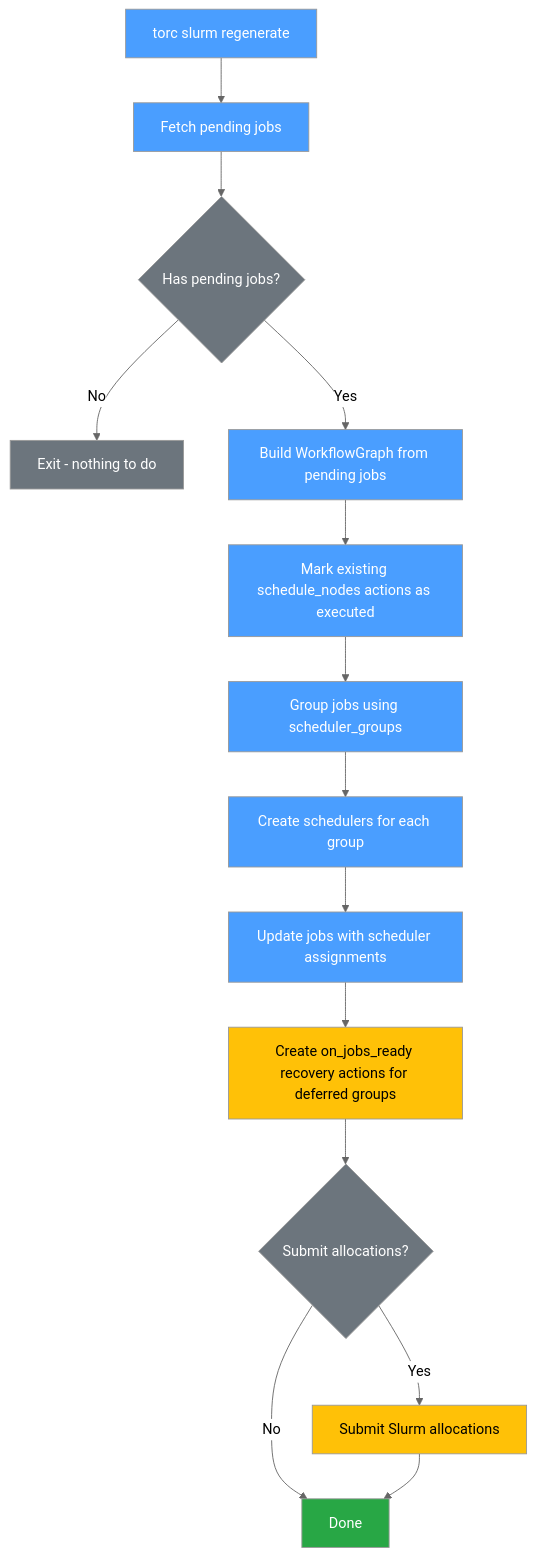
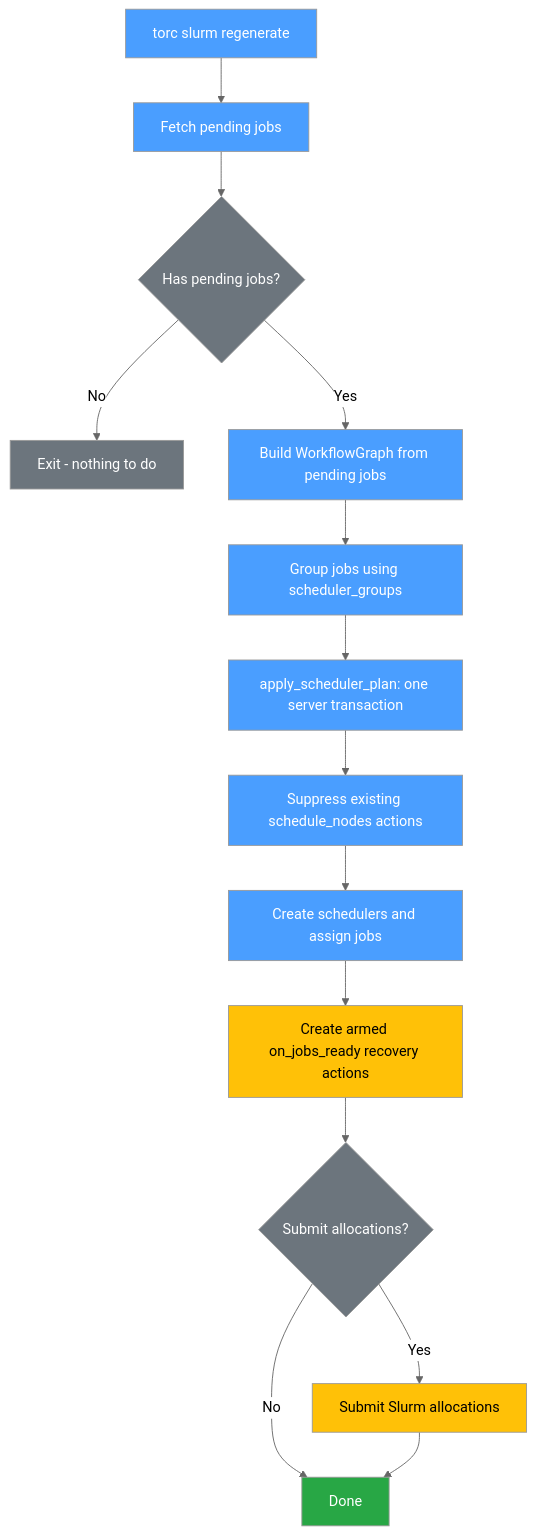
Before and after one commit to NatLabRockies/torc: the second of 5 diagrams in docs/src/specialized/design/recovery.md, drawn with Mermaid (neutral theme). The commit also changed other lines of this file and 46 other files, not shown here.

First line of the commit message:
Merge pull request #544 from NatLabRockies/feat/issue-528-apply-scheduler-plan

````diff
--- a/docs/src/specialized/design/recovery.md
+++ b/docs/src/specialized/design/recovery.md
@@ -109,30 +109,30 @@
 ```mermaid
 flowchart TD
     A[torc slurm regenerate] --> B[Fetch pending jobs]
     B --> C{Has pending jobs?}
     C -->|No| D[Exit - nothing to do]
     C -->|Yes| E[Build WorkflowGraph from pending jobs]
-    E --> F[Mark existing schedule_nodes actions as executed]
-    F --> G[Group jobs using scheduler_groups]
-    G --> H[Create schedulers for each group]
-    H --> I[Update jobs with scheduler assignments]
-    I --> J[Create on_jobs_ready recovery actions for deferred groups]
+    E --> G[Group jobs using scheduler_groups]
+    G --> F[apply_scheduler_plan: one server transaction]
+    F --> H[Suppress existing schedule_nodes actions]
+    H --> I[Create schedulers and assign jobs]
+    I --> J[Create armed on_jobs_ready recovery actions]
     J --> K{Submit allocations?}
     K -->|Yes| L[Submit Slurm allocations]
     K -->|No| M[Done]
     L --> M
 
     style A fill:#4a9eff,color:#fff
     style B fill:#4a9eff,color:#fff
     style C fill:#6c757d,color:#fff
     style D fill:#6c757d,color:#fff
     style E fill:#4a9eff,color:#fff
     style F fill:#4a9eff,color:#fff
     style G fill:#4a9eff,color:#fff
     style H fill:#4a9eff,color:#fff
     style I fill:#4a9eff,color:#fff
     style J fill:#ffc107,color:#000
     style K fill:#6c757d,color:#fff
     style L fill:#ffc107,color:#000
     style M fill:#28a745,color:#fff
 ```
````
